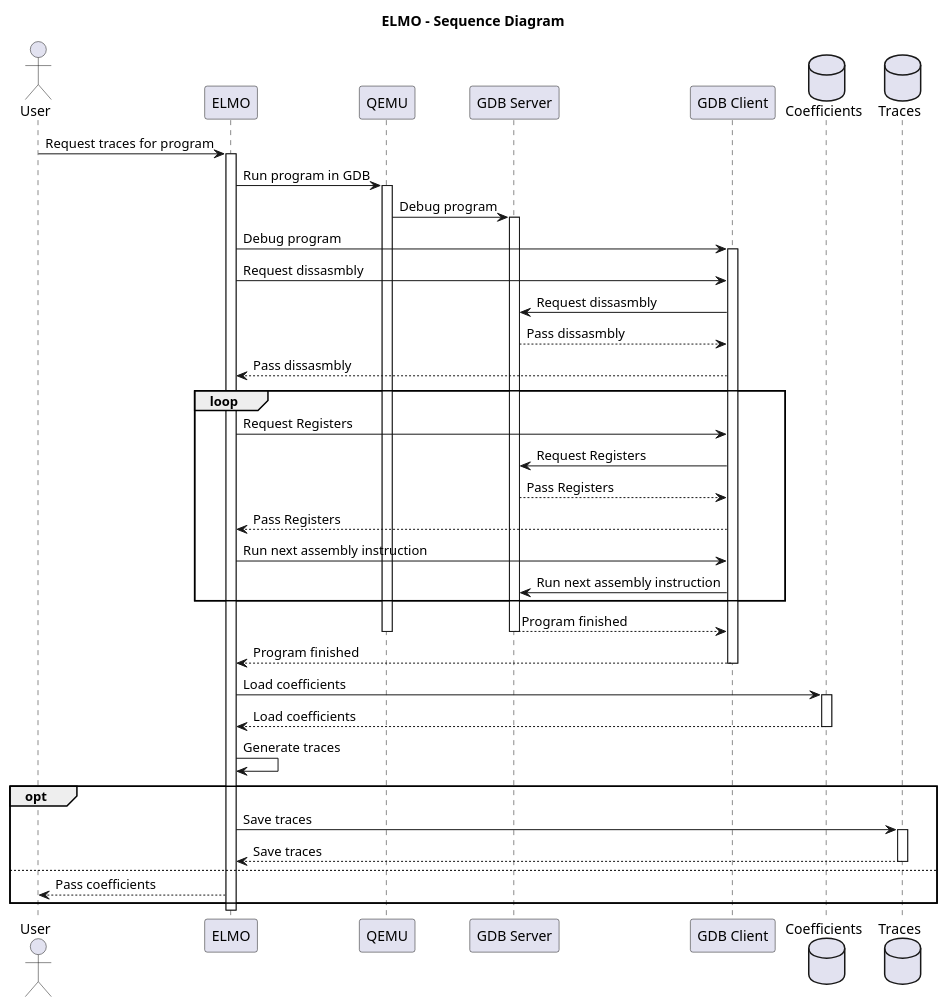
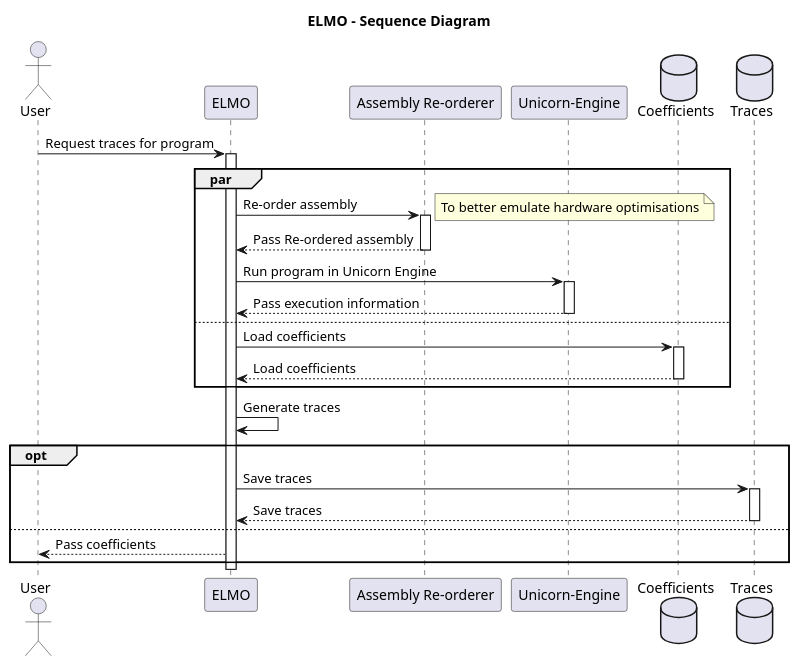
Before and after one commit to sca-research/GILES: the diagram in uml/Sequence.plantuml, drawn with PlantUML. The commit also changed 2 other files, not shown here.

Commit message:
Edited UML diagrams to reflect switching from QEMU to Unicorn. (http://www.unicorn-engine.org)
Also made assorted minor adjustments to the diagrams.

```diff
--- a/uml/Sequence.plantuml
+++ b/uml/Sequence.plantuml
@@ -1,61 +1,44 @@
 @startuml
 
 title "ELMO - Sequence Diagram"
 
 actor User
 
 User -> ELMO : Request traces for program
 activate ELMO
 
-ELMO -> "QEMU" : Run program in GDB
-activate QEMU
+par
+    ELMO -> "Assembly Re-orderer" : Re-order assembly
+    note right: To better emulate hardware optimisations
+    activate "Assembly Re-orderer"
+    ELMO <-- "Assembly Re-orderer" : Pass Re-ordered assembly
+    deactivate "Assembly Re-orderer"
 
-"QEMU" -> "GDB Server" : Debug program
-activate "GDB Server"
+    ELMO -> "Unicorn-Engine" : Run program in Unicorn Engine
+    activate "Unicorn-Engine"
+    ELMO <-- "Unicorn-Engine" : Pass execution information
+    deactivate "Unicorn-Engine"
+else
+    database "Coefficients" as Coefficients
+    database "Traces" as Traces
 
-ELMO -> "GDB Client" : Debug program
-activate "GDB Client"
-
-ELMO -> "GDB Client" : Request dissasmbly
-"GDB Client" -> "GDB Server" : Request dissasmbly
-"GDB Client" <-- "GDB Server" : Pass dissasmbly
-"ELMO" <-- "GDB Client" : Pass dissasmbly
-
-loop
-    ELMO -> "GDB Client" : Request Registers
-    "GDB Client" -> "GDB Server" : Request Registers
-    "GDB Client" <-- "GDB Server" : Pass Registers
-    ELMO <-- "GDB Client" : Pass Registers
-    ELMO -> "GDB Client" : Run next assembly instruction
-    "GDB Client" -> "GDB Server" : Run next assembly instruction
+    ELMO -> Coefficients : Load coefficients
+    activate Coefficients
+    ELMO <-- Coefficients : Load coefficients
+    deactivate Coefficients
 end
-
-"GDB Client" <-- "GDB Server" : Program finished
-deactivate "GDB Server"
-deactivate QEMU
-ELMO <-- "GDB Client" : Program finished
-deactivate "GDB Client"
-
-
-database "Coefficients" as Coefficients
-database "Traces" as Traces
-
-ELMO -> Coefficients : Load coefficients
-activate Coefficients
-ELMO <-- Coefficients : Load coefficients
-deactivate Coefficients
 
 ELMO -> ELMO : Generate traces
 
 opt
     ELMO -> Traces : Save traces
     activate Traces
     ELMO <-- Traces : Save traces
     deactivate Traces
 else
     User <-- ELMO : Pass coefficients
 end
 
 deactivate ELMO
 
 @enduml
```
